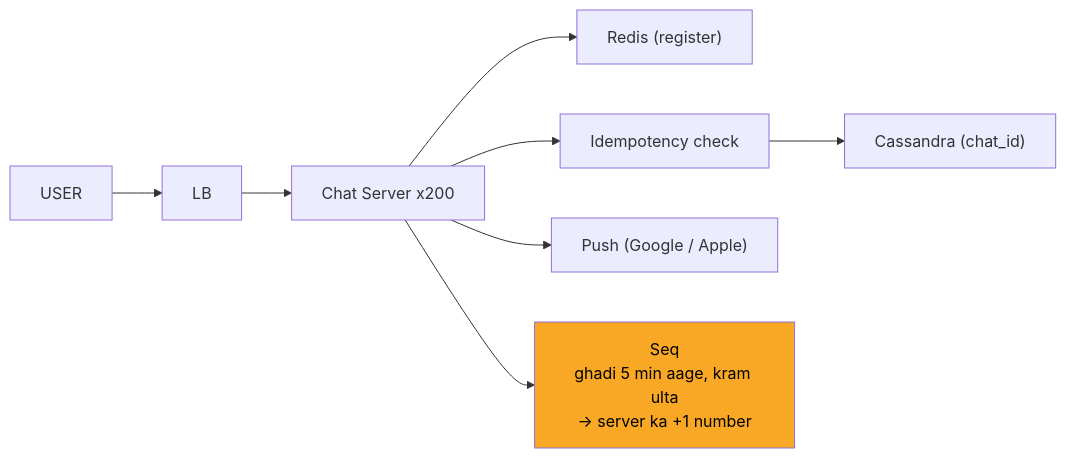
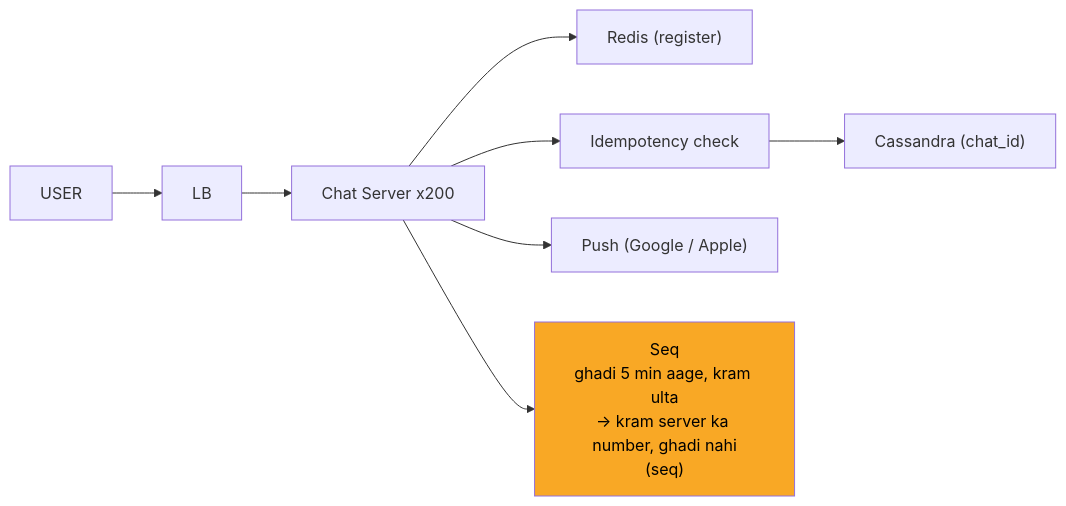
Before and after one commit to ArpanMaheshwari144/Prep: the seventh of 12 diagrams in 04_HLD/SYSTEM_DESIGNS/14_chat_messaging/14_chat_messaging.md, drawn with Mermaid. The commit also changed other lines of this file and 13 other files, not shown here.

````diff
--- a/04_HLD/SYSTEM_DESIGNS/14_chat_messaging/14_chat_messaging.md
+++ b/04_HLD/SYSTEM_DESIGNS/14_chat_messaging/14_chat_messaging.md
@@ -276,19 +276,19 @@
 ```mermaid
 flowchart LR
     n_U["USER"]
     n_LB["LB"]
     n_CS["Chat Server x200"]
     n_R["Redis (register)"]
     n_I["Idempotency check"]
     n_CA["Cassandra (chat_id)"]
     n_P["Push (Google / Apple)"]
-    n_SQ["Seq<br/>ghadi 5 min aage, kram ulta<br/>-> server ka +1 number"]
+    n_SQ["Seq<br/>ghadi 5 min aage, kram ulta<br/>-> kram server ka number, ghadi nahi<br/>(seq)"]
     n_U --> n_LB
     n_LB --> n_CS
     n_CS --> n_R
     n_CS --> n_I
     n_I --> n_CA
     n_CS --> n_P
     n_CS --> n_SQ
     style n_SQ fill:#f9a825,color:#000
 ```
````
